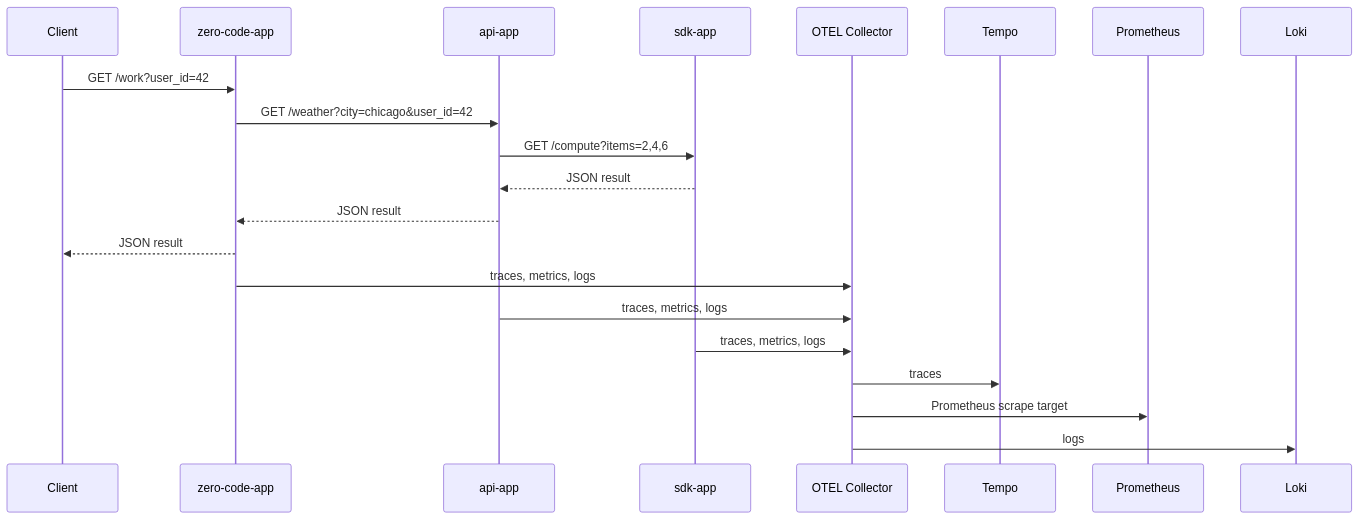
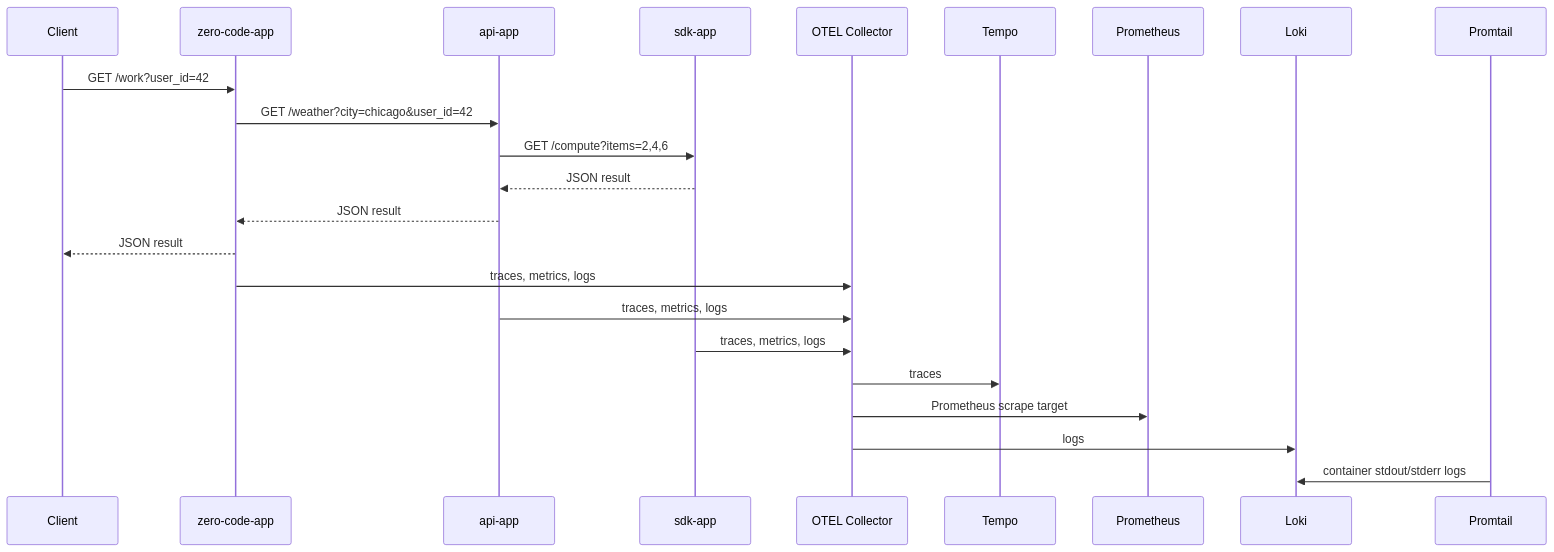
One commit to vgunti27/otel-python-APM_local_Grafana_LGTM changed the second of 2 diagrams in docs/architecture.md. Above: the diagram before and after it, drawn with Mermaid. The commit also changed other lines of this file and 13 other files, not shown here.

````diff
--- a/docs/architecture.md
+++ b/docs/architecture.md
@@ -24,24 +25,26 @@
 ```mermaid
 sequenceDiagram
     participant Client
     participant Z as zero-code-app
     participant A as api-app
     participant S as sdk-app
     participant C as OTEL Collector
     participant T as Tempo
     participant P as Prometheus
     participant L as Loki
+    participant PT as Promtail
 
     Client->>Z: GET /work?user_id=42
     Z->>A: GET /weather?city=chicago&user_id=42
     A->>S: GET /compute?items=2,4,6
     S-->>A: JSON result
     A-->>Z: JSON result
     Z-->>Client: JSON result
     Z->>C: traces, metrics, logs
     A->>C: traces, metrics, logs
     S->>C: traces, metrics, logs
     C->>T: traces
     C->>P: Prometheus scrape target
     C->>L: logs
+    PT->>L: container stdout/stderr logs
 ```
````
